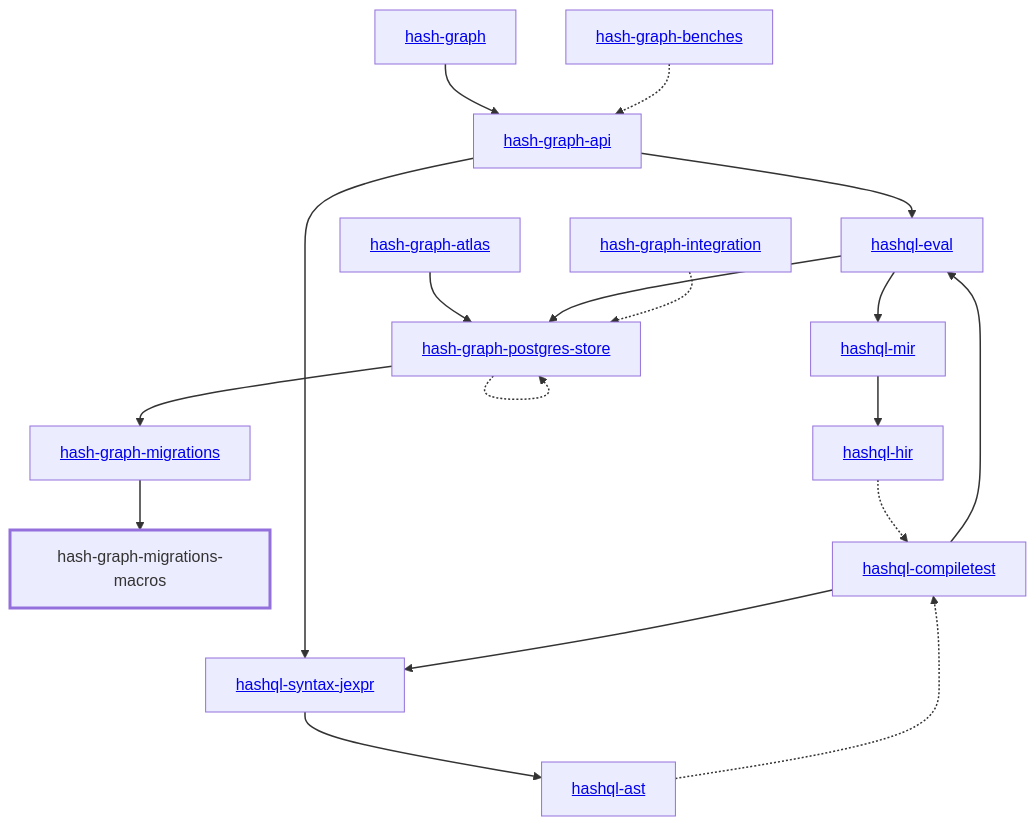
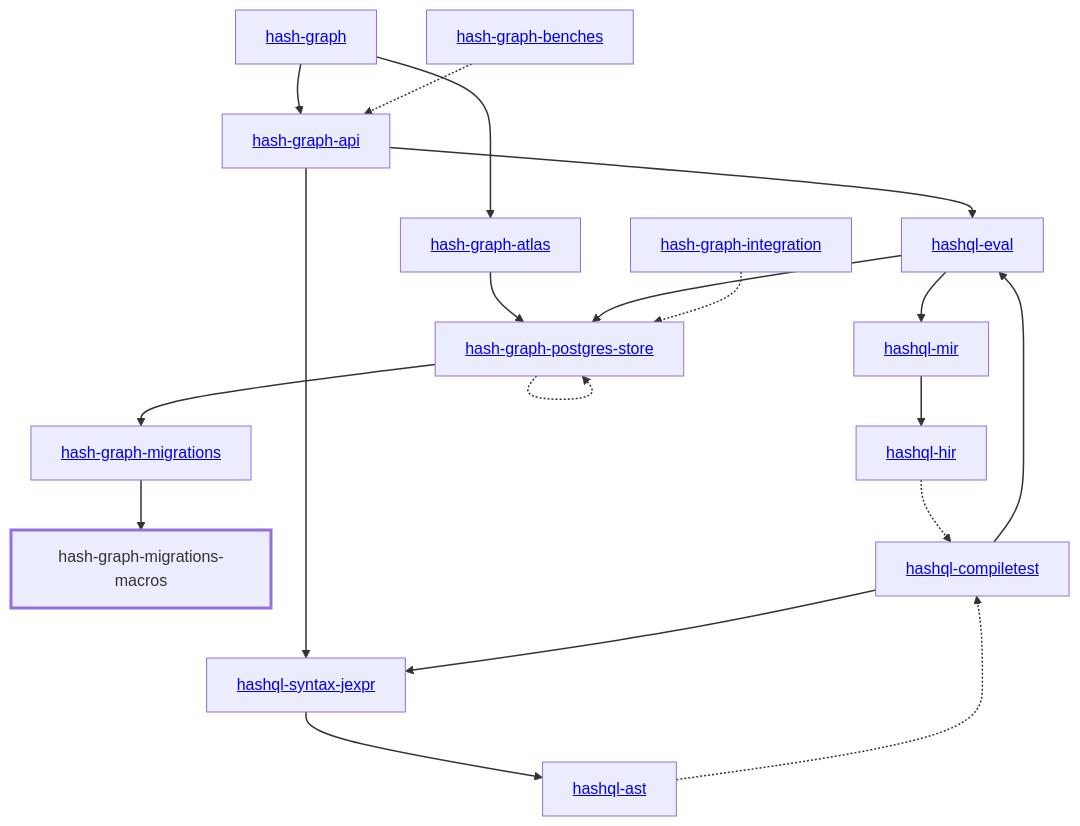
One commit to hashintel/hash changed the diagram in libs/@local/graph/migrations-macros/docs/dependency-diagram.mmd. Above: the diagram before and after it, drawn with Mermaid. The commit also changed 40 other files, not shown here.

```diff
--- a/libs/@local/graph/migrations-macros/docs/dependency-diagram.mmd
+++ b/libs/@local/graph/migrations-macros/docs/dependency-diagram.mmd
@@ -1,42 +1,43 @@
 graph TD
     linkStyle default stroke-width:1.5px
     classDef default stroke-width:1px
     classDef root stroke-width:3px
     classDef dev stroke-width:1px
     classDef build stroke-width:1px
     %% Legend
     %% --> : Normal dependency
     %% -.-> : Dev dependency
     %% ---> : Build dependency
     0[<a href="../hash_graph/index.html">hash-graph</a>]
     1[<a href="../hash_graph_api/index.html">hash-graph-api</a>]
     2[<a href="../hash_graph_atlas/index.html">hash-graph-atlas</a>]
     3[<a href="../hash_graph_migrations/index.html">hash-graph-migrations</a>]
     4[hash-graph-migrations-macros]
     class 4 root
     5[<a href="../hash_graph_postgres_store/index.html">hash-graph-postgres-store</a>]
     6[<a href="../hashql_ast/index.html">hashql-ast</a>]
     7[<a href="../hashql_compiletest/index.html">hashql-compiletest</a>]
     8[<a href="../hashql_eval/index.html">hashql-eval</a>]
     9[<a href="../hashql_hir/index.html">hashql-hir</a>]
     10[<a href="../hashql_mir/index.html">hashql-mir</a>]
     11[<a href="../hashql_syntax_jexpr/index.html">hashql-syntax-jexpr</a>]
     12[<a href="../hash_graph_benches/index.html">hash-graph-benches</a>]
     13[<a href="../hash_graph_integration/index.html">hash-graph-integration</a>]
     0 --> 1
+    0 --> 2
     1 --> 8
     1 --> 11
     2 --> 5
     3 --> 4
     5 --> 3
     5 -.-> 5
     6 -.-> 7
     7 --> 8
     7 --> 11
     8 --> 5
     8 --> 10
     9 -.-> 7
     10 --> 9
     11 --> 6
     12 -.-> 1
     13 -.-> 5
```
